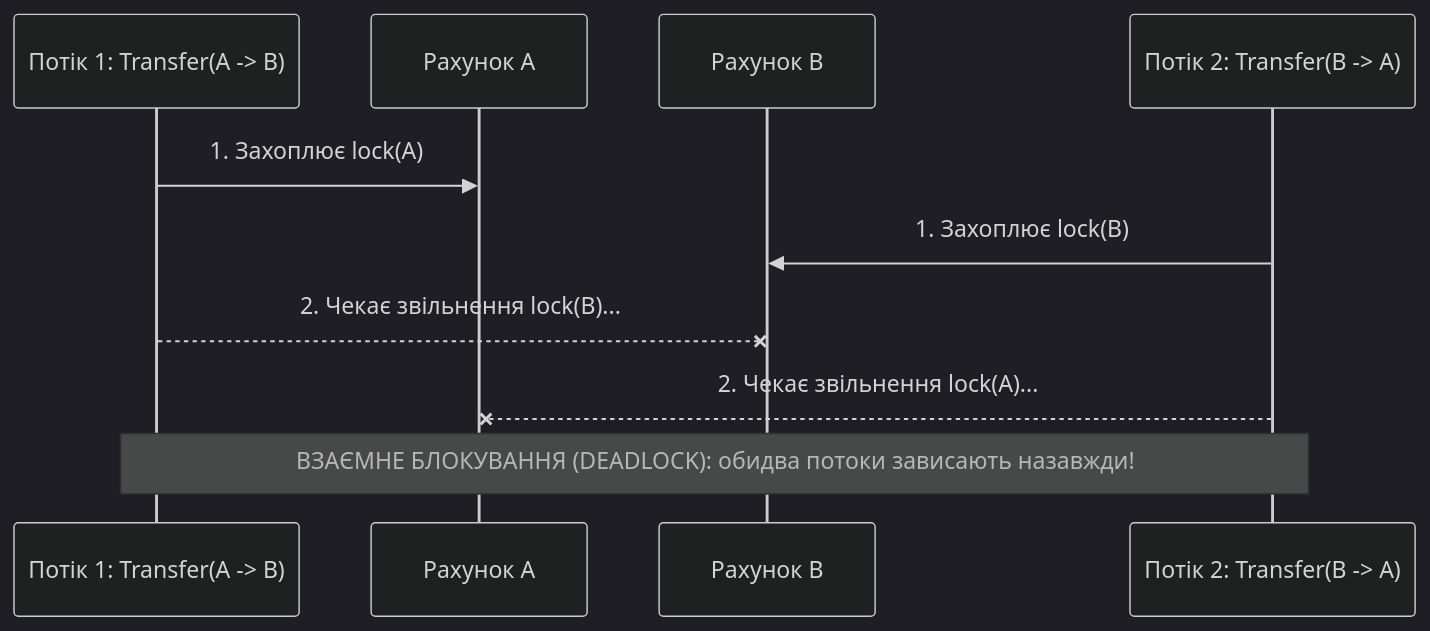
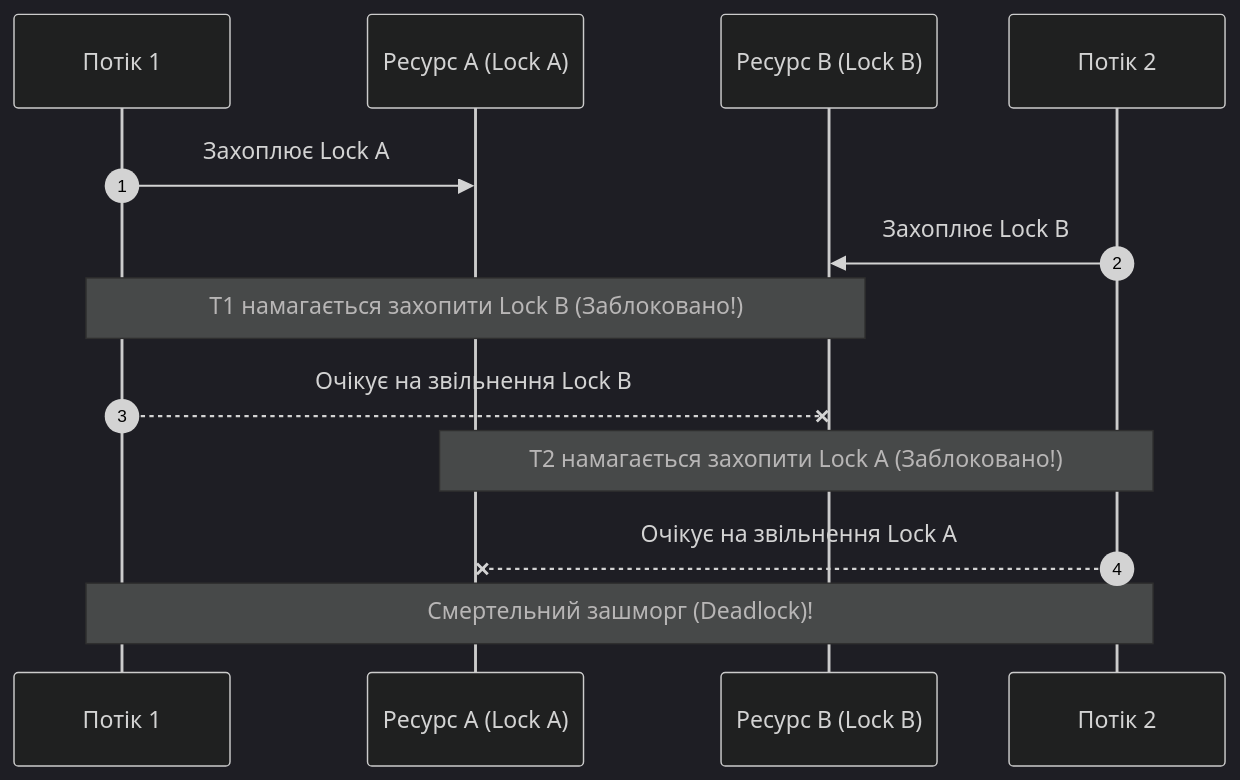
Before and after one commit to MrTomkaYurii/CSharp-OOP-Mastery: the diagram in 06-Multithreading-And-Parallelism/02-Synchronization-And-ThreadSafety/Docs/02_Deadlocks_And_Prevention.md, drawn with Mermaid (dark theme). The commit also changed other lines of this file and 73 other files, not shown here.

Commit message:
docs: enrich and expand all lecture guides across chapters 01, 02, 04, 05, 06, 07, 08, 10 with deep theory, Mermaid diagrams and verified links

````diff
--- a/06-Multithreading-And-Parallelism/02-Synchronization-And-ThreadSafety/Docs/02_Deadlocks_And_Prevention.md
+++ b/06-Multithreading-And-Parallelism/02-Synchronization-And-ThreadSafety/Docs/02_Deadlocks_And_Prevention.md
@@ -6,13 +7,16 @@
 ```mermaid
 sequenceDiagram
-    participant T1 as Потік 1: Transfer(A -> B)
-    participant A as Рахунок A
-    participant B as Рахунок B
-    participant T2 as Потік 2: Transfer(B -> A)
+    autonumber
+    participant T1 as Потік 1
+    participant R_A as Ресурс A (Lock A)
+    participant R_B as Ресурс B (Lock B)
+    participant T2 as Потік 2
 
-    T1->>A: 1. Захоплює lock(A)
-    T2->>B: 1. Захоплює lock(B)
-    T1--xB: 2. Чекає звільнення lock(B)...
-    T2--xA: 2. Чекає звільнення lock(A)...
-    Note over T1,T2: ВЗАЄМНЕ БЛОКУВАННЯ (DEADLOCK): обидва потоки зависають назавжди!
+    T1->>R_A: Захоплює Lock A
+    T2->>R_B: Захоплює Lock B
+    Note over T1,R_B: T1 намагається захопити Lock B (Заблоковано!)
+    T1--xR_B: Очікує на звільнення Lock B
+    Note over T2,R_A: T2 намагається захопити Lock A (Заблоковано!)
+    T2--xR_A: Очікує на звільнення Lock A
+    Note over T1,T2: Смертельний зашморг (Deadlock)!
 ```
````
